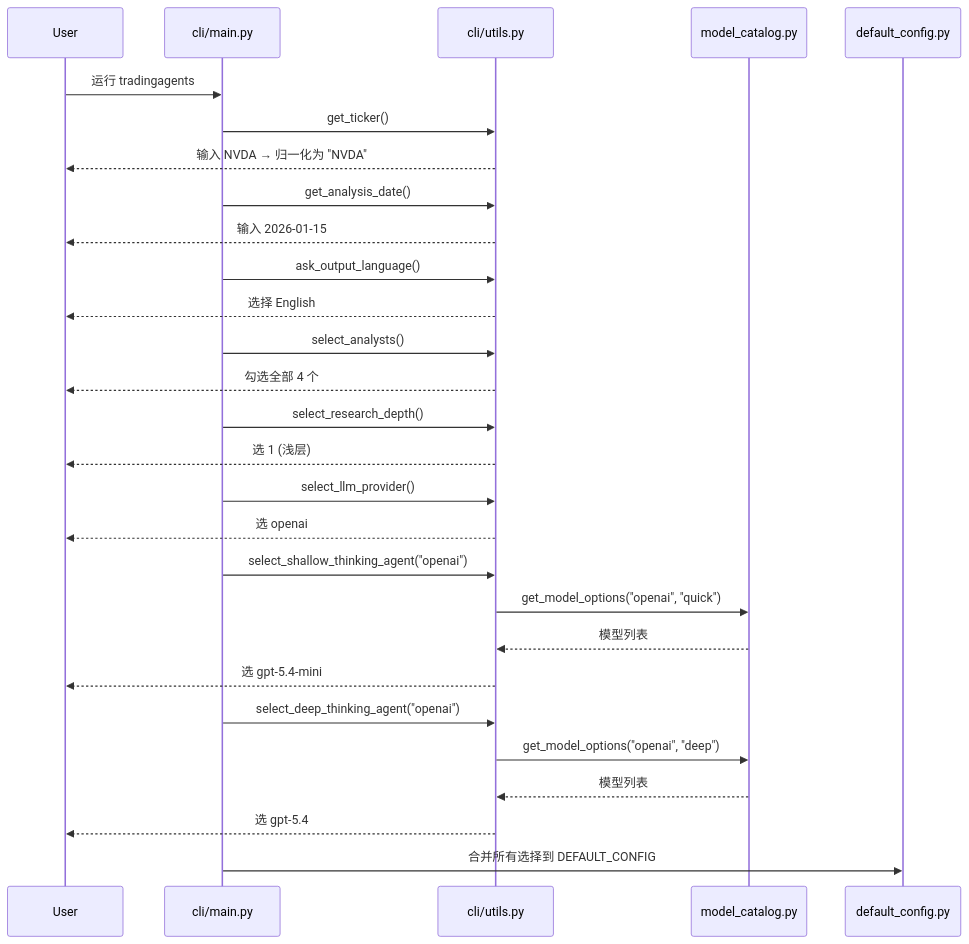
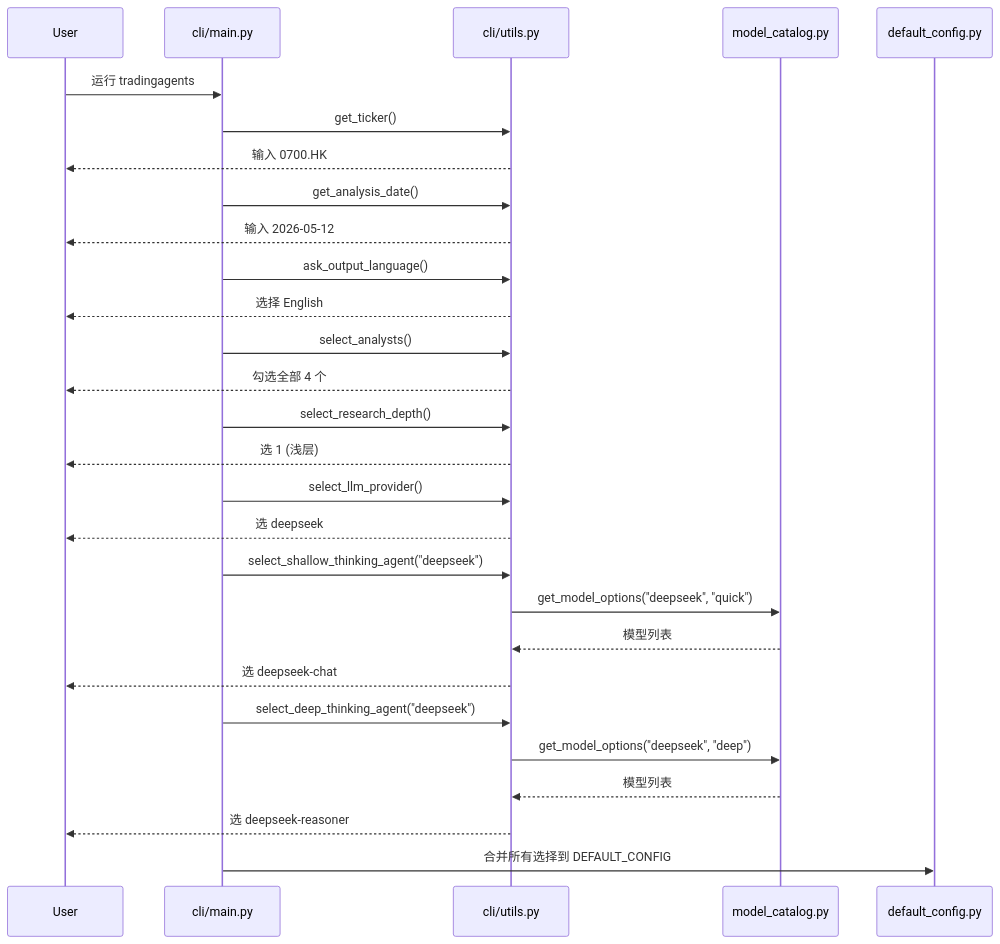
The first of 12 diagrams in docs/端到端案例文档.md (kindywu/TradingAgents), drawn with Mermaid before and after one commit. The commit also changed other lines of this file and 27 other files, not shown here.

````diff
--- a/docs/端到端案例文档.md
+++ b/docs/端到端案例文档.md
@@ -59,31 +59,31 @@
 ```mermaid
 sequenceDiagram
     participant User
     participant CLI as cli/main.py
     participant Utils as cli/utils.py
     participant MC as model_catalog.py
     participant Config as default_config.py
 
     User->>CLI: 运行 tradingagents
     CLI->>Utils: get_ticker()
-    Utils-->>User: 输入 NVDA → 归一化为 "NVDA"
+    Utils-->>User: 输入 0700.HK
     CLI->>Utils: get_analysis_date()
-    Utils-->>User: 输入 2026-01-15
+    Utils-->>User: 输入 2026-05-12
     CLI->>Utils: ask_output_language()
     Utils-->>User: 选择 English
     CLI->>Utils: select_analysts()
     Utils-->>User: 勾选全部 4 个
     CLI->>Utils: select_research_depth()
     Utils-->>User: 选 1 (浅层)
     CLI->>Utils: select_llm_provider()
-    Utils-->>User: 选 openai
-    CLI->>Utils: select_shallow_thinking_agent("openai")
-    Utils->>MC: get_model_options("openai", "quick")
+    Utils-->>User: 选 deepseek
+    CLI->>Utils: select_shallow_thinking_agent("deepseek")
+    Utils->>MC: get_model_options("deepseek", "quick")
     MC-->>Utils: 模型列表
-    Utils-->>User: 选 gpt-5.4-mini
-    CLI->>Utils: select_deep_thinking_agent("openai")
-    Utils->>MC: get_model_options("openai", "deep")
+    Utils-->>User: 选 deepseek-chat
+    CLI->>Utils: select_deep_thinking_agent("deepseek")
+    Utils->>MC: get_model_options("deepseek", "deep")
     MC-->>Utils: 模型列表
-    Utils-->>User: 选 gpt-5.4
+    Utils-->>User: 选 deepseek-reasoner
     CLI->>Config: 合并所有选择到 DEFAULT_CONFIG
 ```
````
